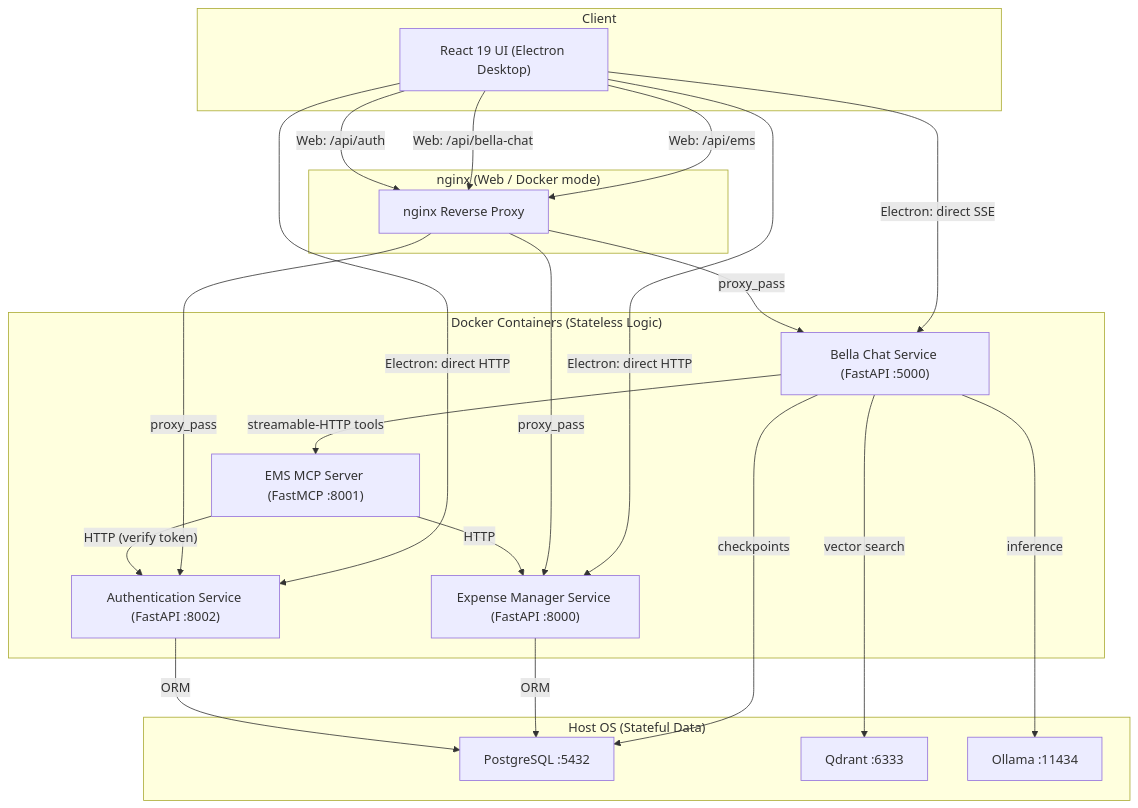
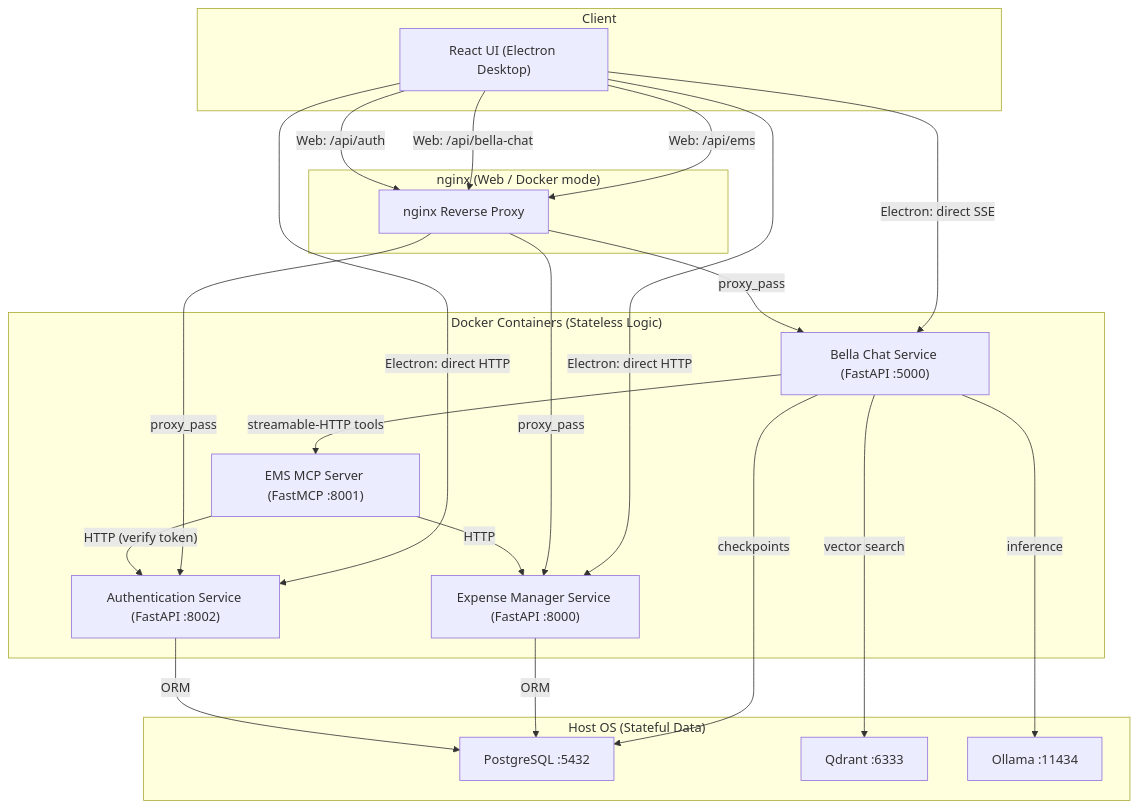
Before and after one commit to shangar-t-a/keys-personal-wiki: the diagram in keys-wiki-site/docs/projects/bella-assist/index.md, drawn with Mermaid. The commit also changed other lines of this file and 63 other files, not shown here.

````diff
--- a/keys-wiki-site/docs/projects/bella-assist/index.md
+++ b/keys-wiki-site/docs/projects/bella-assist/index.md
@@ -24,41 +65,41 @@
 ```mermaid
 graph TD
     subgraph Client ["Client"]
-        UI["React 19 UI (Electron Desktop)"]
+        UI["React UI (Electron Desktop)"]
     end
 
     subgraph Gateway ["nginx (Web / Docker mode)"]
         Nginx["nginx Reverse Proxy"]
     end
 
     subgraph Containers ["Docker Containers (Stateless Logic)"]
         EMS["Expense Manager Service (FastAPI :8000)"]
         Chat["Bella Chat Service (FastAPI :5000)"]
         MCPServer["EMS MCP Server (FastMCP :8001)"]
         Auth["Authentication Service (FastAPI :8002)"]
     end
 
     subgraph Host ["Host OS (Stateful Data)"]
         Postgres["PostgreSQL :5432"]
         Qdrant["Qdrant :6333"]
         Ollama["Ollama :11434"]
     end
 
     UI -->|"Electron: direct HTTP"| EMS
     UI -->|"Electron: direct SSE"| Chat
     UI -->|"Electron: direct HTTP"| Auth
     UI -->|"Web: /api/ems"| Nginx
     UI -->|"Web: /api/bella-chat"| Nginx
     UI -->|"Web: /api/auth"| Nginx
     Nginx -->|"proxy_pass"| EMS
     Nginx -->|"proxy_pass"| Chat
     Nginx -->|"proxy_pass"| Auth
     Chat -->|"streamable-HTTP tools"| MCPServer
     MCPServer -->|"HTTP"| EMS
     MCPServer -->|"HTTP (verify token)"| Auth
     Chat -->|"vector search"| Qdrant
     Chat -->|"checkpoints"| Postgres
     Chat -->|"inference"| Ollama
     EMS -->|"ORM"| Postgres
     Auth -->|"ORM"| Postgres
 ```
````
